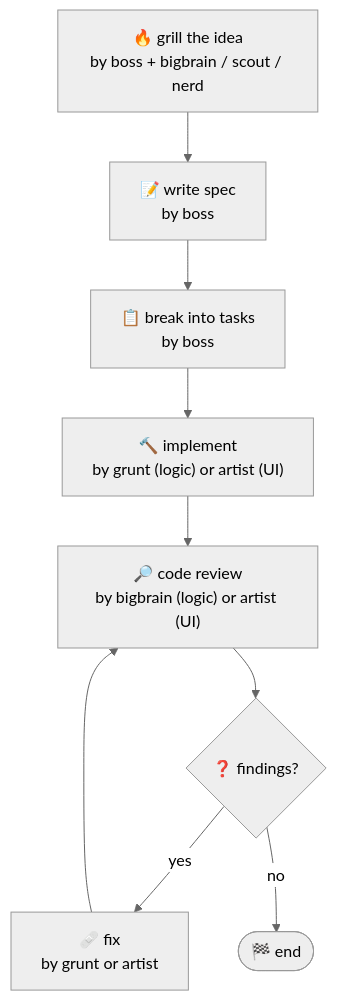
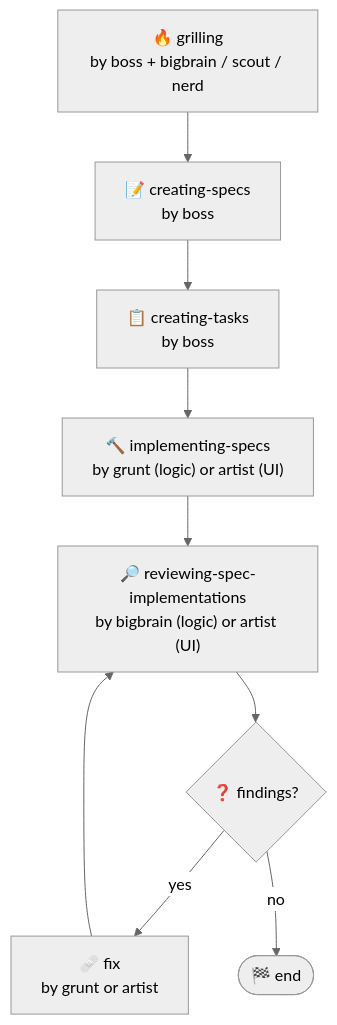
The diagram in README.md (supagetto/README.ai), drawn with Mermaid (neutral theme) before and after one commit.

Commit message:
📝 Use skill names in README workflow diagram

````diff
--- a/README.md
+++ b/README.md
@@ -14,11 +14,11 @@
 ```mermaid
 flowchart TD
-    A["🔥 grill the idea<br/>by boss + bigbrain / scout / nerd"] --> B["📝 write spec<br/>by boss"]
-    B --> C["📋 break into tasks<br/>by boss"]
-    C --> D["🔨 implement<br/>by grunt (logic) or artist (UI)"]
-    D --> E["🔎 code review<br/>by bigbrain (logic) or artist (UI)"]
+    A["🔥 grilling<br/>by boss + bigbrain / scout / nerd"] --> B["📝 creating-specs<br/>by boss"]
+    B --> C["📋 creating-tasks<br/>by boss"]
+    C --> D["🔨 implementing-specs<br/>by grunt (logic) or artist (UI)"]
+    D --> E["🔎 reviewing-spec-implementations<br/>by bigbrain (logic) or artist (UI)"]
     E --> F{❓ findings?}
     F -->|yes| G["🩹 fix<br/>by grunt or artist"]
     G --> E
     F -->|no| H(["🏁 end"])
 ```
````
